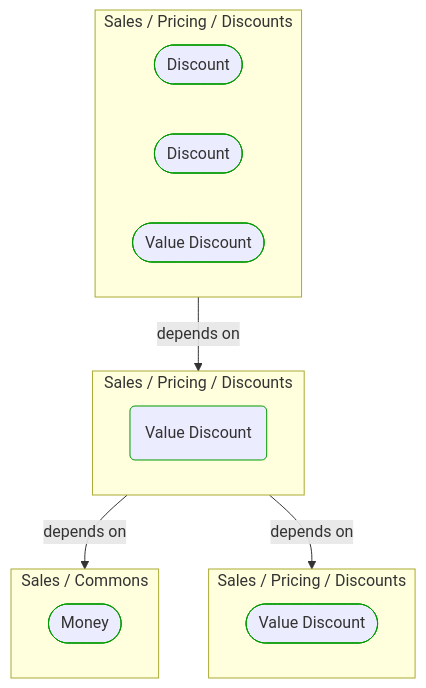
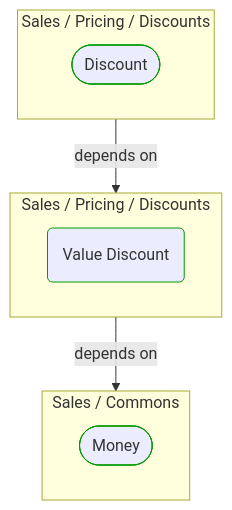
Before and after one commit to itlibrium/DDD-starter-dotnet: the diagram in Docs/P3/MermaidOutput/Domain/Concepts/Sales/Pricing/Discounts/ValueDiscount.md, drawn with Mermaid. The commit also changed other lines of this file and 102 other files, not shown here.

````diff
--- a/Docs/P3/MermaidOutput/Domain/Concepts/Sales/Pricing/Discounts/ValueDiscount.md
+++ b/Docs/P3/MermaidOutput/Domain/Concepts/Sales/Pricing/Discounts/ValueDiscount.md
@@ -20,29 +20,20 @@
 ```mermaid
   flowchart TB
     subgraph 0["Sales / Pricing / Discounts"]
       1([Discount])
       class 1 DomainPerspective
-      2([Discount])
-      class 2 DomainPerspective
-      3([Value Discount])
+    end
+    subgraph 2["Sales / Pricing / Discounts"]
+      3(Value Discount)
       class 3 DomainPerspective
     end
-    subgraph 4["Sales / Pricing / Discounts"]
-      5(Value Discount)
+    subgraph 4["Sales / Commons"]
+      5([Money])
       class 5 DomainPerspective
     end
-    subgraph 6["Sales / Commons"]
-      7([Money])
-      class 7 DomainPerspective
-    end
-    subgraph 8["Sales / Pricing / Discounts"]
-      9([Value Discount])
-      class 9 DomainPerspective
-    end
-    0-->|depends on|4
-    4-->|depends on|6
-    4-->|depends on|8
+    0-->|depends on|2
+    2-->|depends on|4
     classDef DomainPerspective stroke:#009900
     classDef TechnologyPerspective stroke:#1F41EB
     classDef PeoplePerspective stroke:#FFF014
 ```
````
